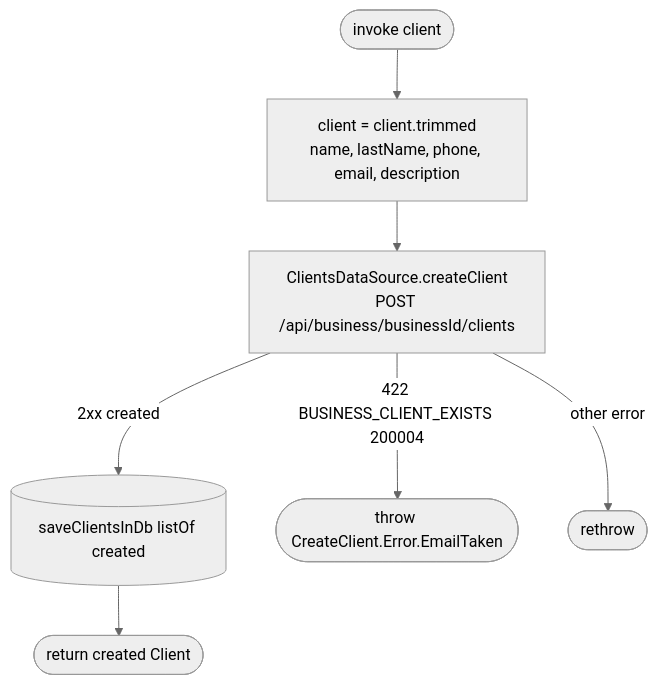
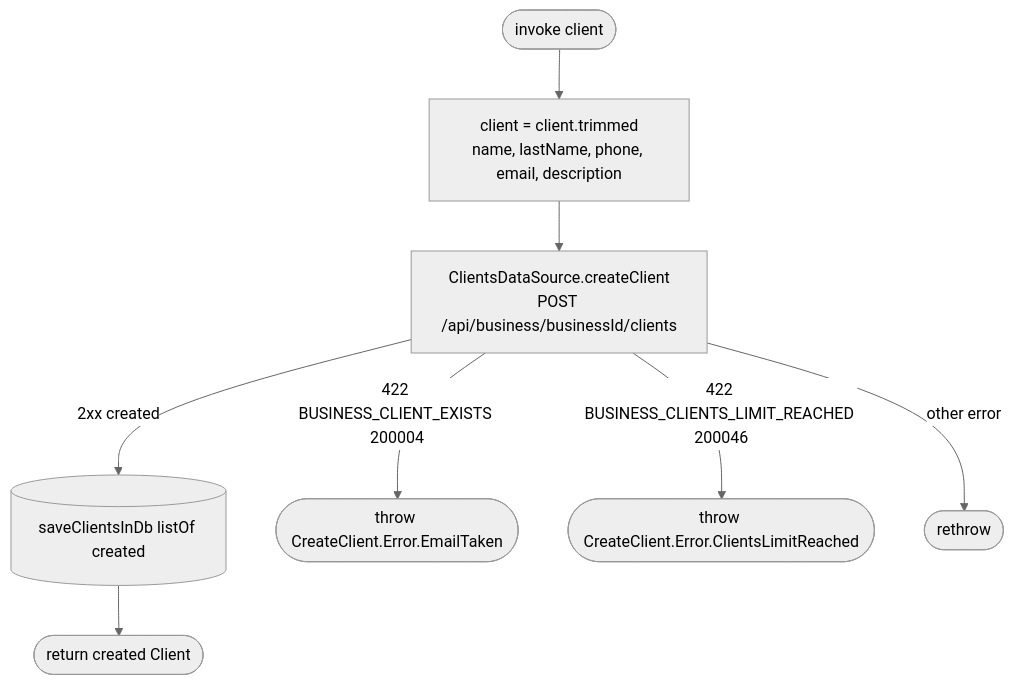
The diagram in docs/operations/clients/create-client.md (nocturneproperties/bookkme-client), drawn with Mermaid (neutral theme) before and after one commit. The commit also changed other lines of this file and 91 other files, not shown here.

````diff
--- a/docs/operations/clients/create-client.md
+++ b/docs/operations/clients/create-client.md
@@ -13,9 +15,10 @@
 ```mermaid
 flowchart TD
     Start([invoke client]) --> Trim[client = client.trimmed<br/>name, lastName, phone, email, description]
     Trim --> Net[ClientsDataSource.createClient<br/>POST /api/business/businessId/clients]
     Net -- 2xx created --> Save[(saveClientsInDb listOf created)]
     Save --> R([return created Client])
     Net -- 422 BUSINESS_CLIENT_EXISTS 200004 --> Taken([throw CreateClient.Error.EmailTaken])
+    Net -- 422 BUSINESS_CLIENTS_LIMIT_REACHED 200046 --> Limit([throw CreateClient.Error.ClientsLimitReached])
     Net -- other error --> EX([rethrow])
 ```
````
